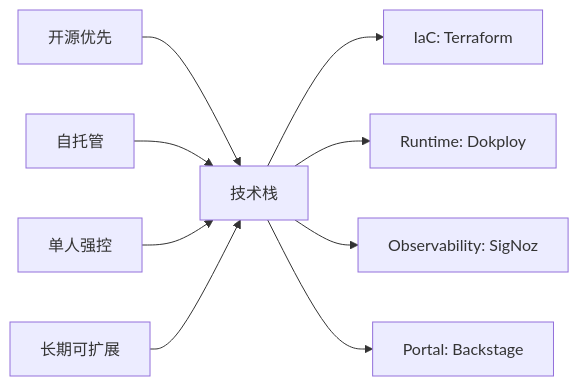
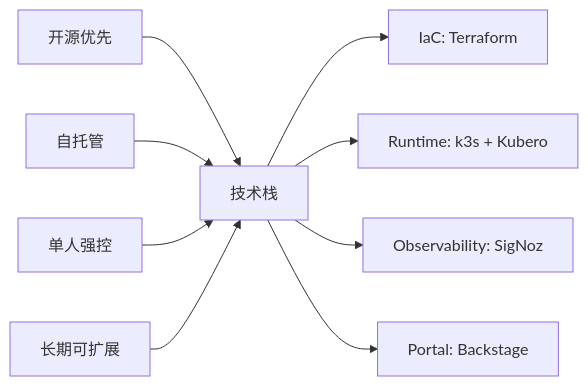
The first of 2 diagrams in docs/origin/BRN-004.dev_test_prod_design.md (wangzitian0/PEG-scaner), drawn with Mermaid before and after one commit. The commit also changed other lines of this file and 9 other files, not shown here.

````diff
--- a/docs/origin/BRN-004.dev_test_prod_design.md
+++ b/docs/origin/BRN-004.dev_test_prod_design.md
@@ -14,12 +16,12 @@
 ```mermaid
 graph LR
     A[开源优先] --> E[技术栈]
     B[自托管] --> E
     C[单人强控] --> E
     D[长期可扩展] --> E
     
     E --> F[IaC: Terraform]
-    E --> G[Runtime: Dokploy]
+    E --> G[Runtime: k3s + Kubero]
     E --> H[Observability: SigNoz]
     E --> I[Portal: Backstage]
 ```
````
